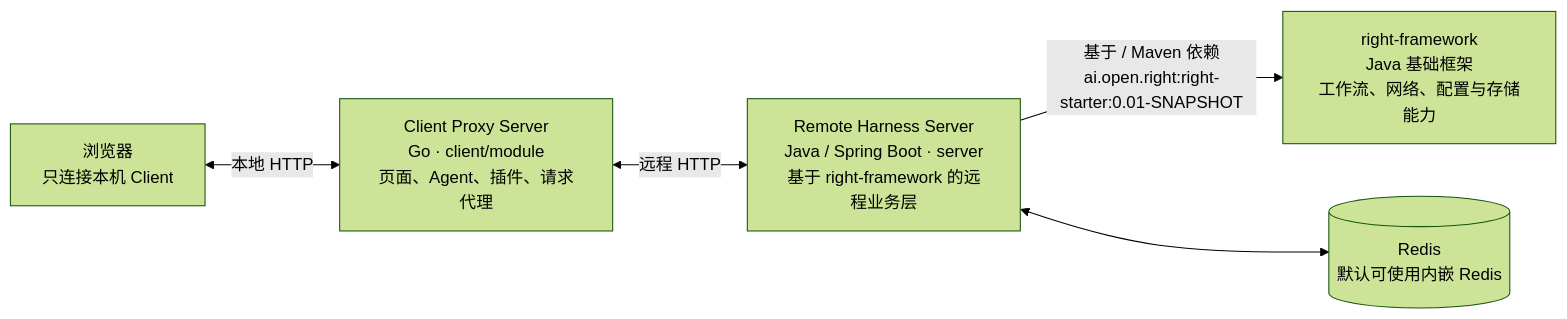
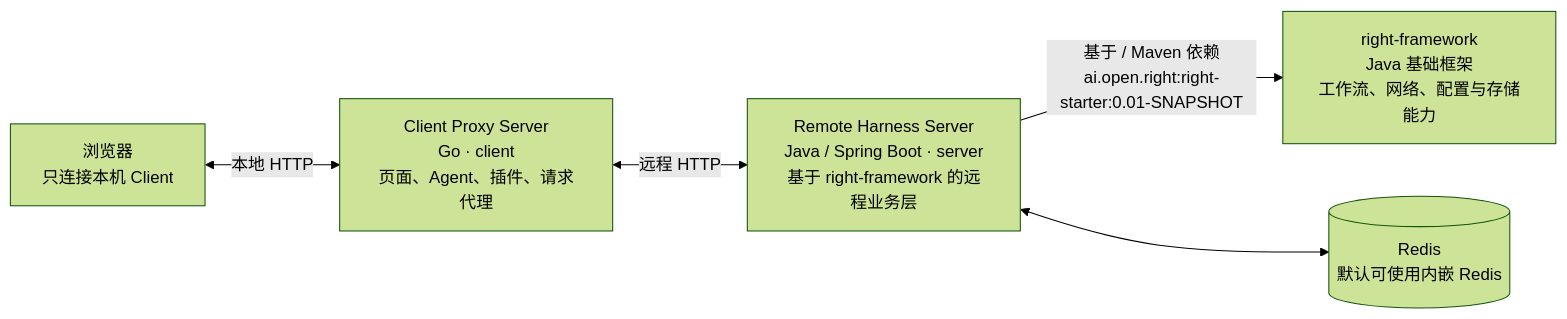
The first of 4 diagrams in readme.md (jwsnt/deepright), drawn with Mermaid (forest theme) before and after one commit. The commit also changed other lines of this file, not shown here.

````diff
--- a/readme.md
+++ b/readme.md
@@ -7,13 +7,13 @@
 ```mermaid
 flowchart LR
     Browser["浏览器\n只连接本机 Client"]
-    Client["Client Proxy Server\nGo · client/module\n页面、Agent、插件、请求代理"]
+    Client["Client Proxy Server\nGo · client\n页面、Agent、插件、请求代理"]
     Server["Remote Harness Server\nJava / Spring Boot · server\n基于 right-framework 的远程业务层"]
     Framework["right-framework\nJava 基础框架\n工作流、网络、配置与存储能力"]
     Redis[("Redis\n默认可使用内嵌 Redis")]
 
     Browser <-->|"本地 HTTP"| Client
     Client <-->|"远程 HTTP"| Server
     Server -->|"基于 / Maven 依赖\nai.open.right:right-starter:0.01-SNAPSHOT"| Framework
     Server <--> Redis
 ```
````
